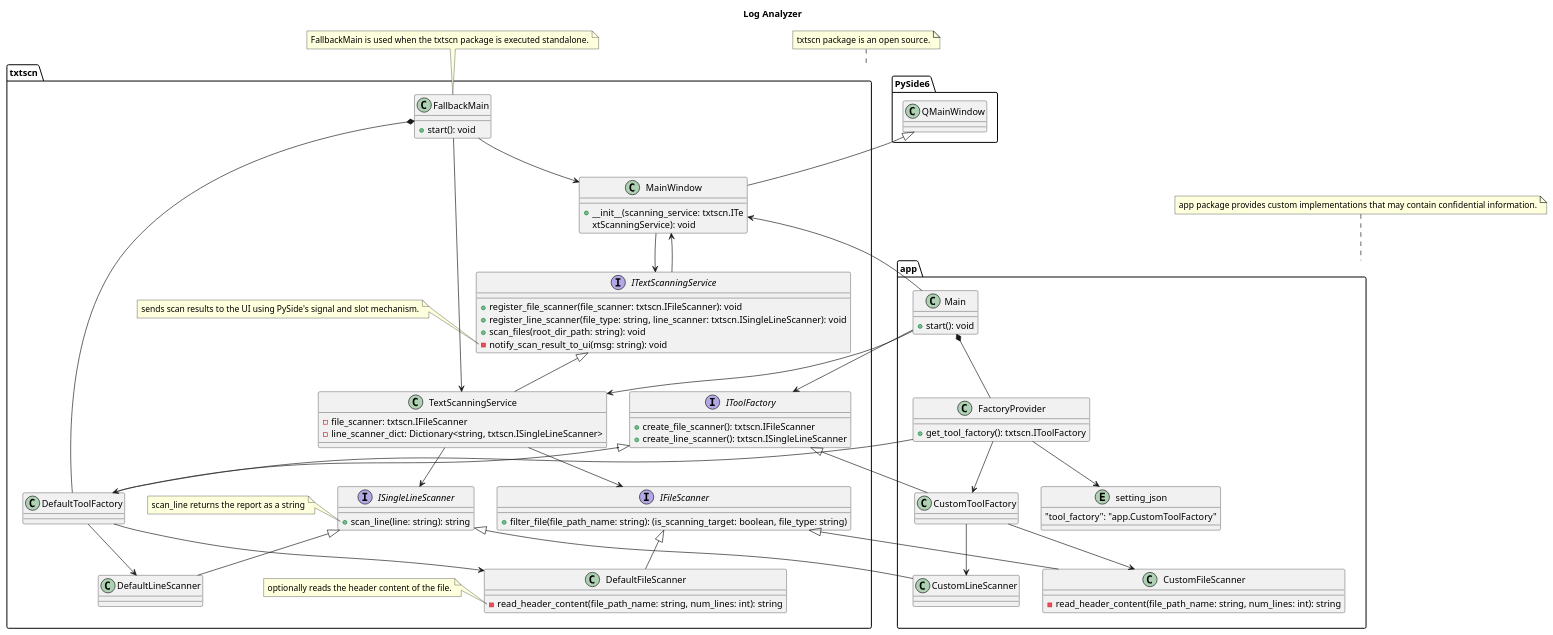
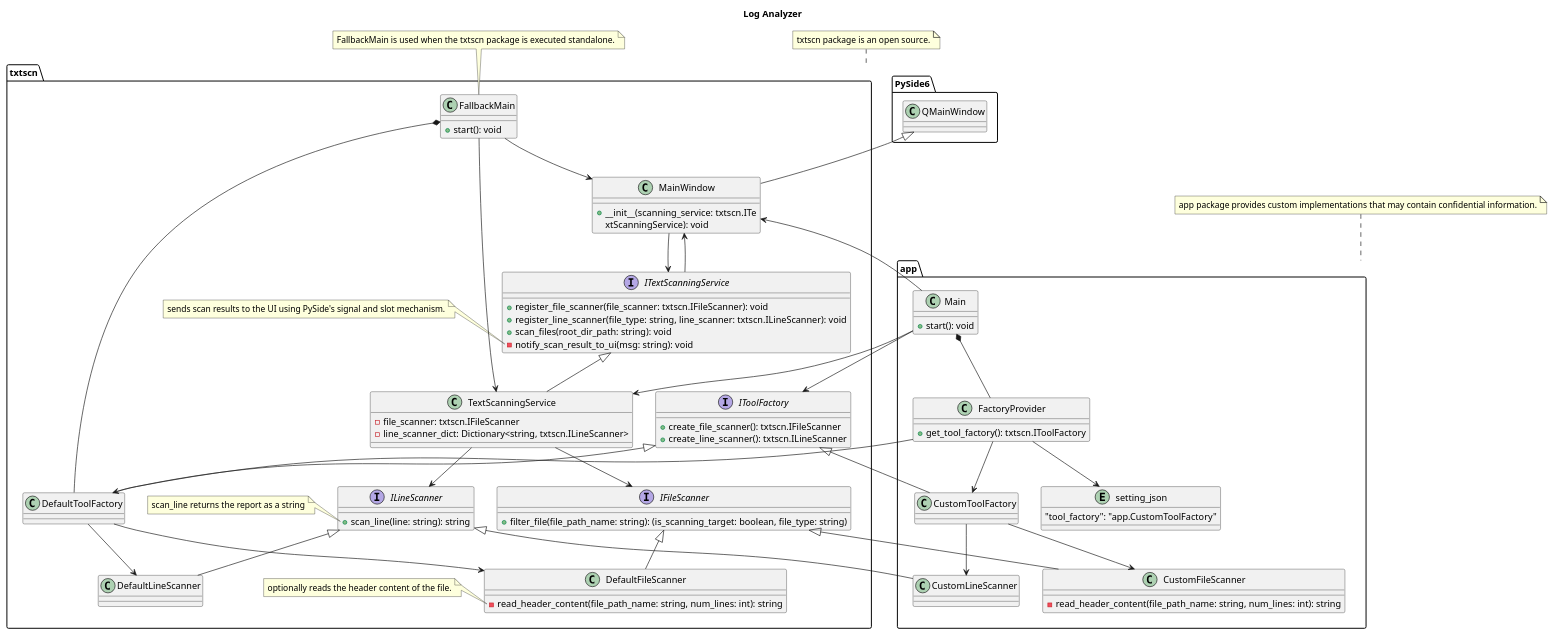
One commit to Takayoshi-Matsuyama/log_analyzer changed the diagram in doc/log_analyzer.puml. Above: the diagram before and after it, drawn with PlantUML.

Commit message:
Updated - class diagram

```diff
--- a/doc/log_analyzer.puml
+++ b/doc/log_analyzer.puml
@@ -1,149 +1,149 @@
 @startuml log_analyzer
 
 'Copyright 2026 Takayoshi Matsuyama
 '
 'Licensed under the Apache License, Version 2.0 (the "License");
 'you may not use this file except in compliance with the License.
 'You may obtain a copy of the License at
 '
 '    http://www.apache.org/licenses/LICENSE-2.0
 '
 'Unless required by applicable law or agreed to in writing, software
 'distributed under the License is distributed on an "AS IS" BASIS,
 'WITHOUT WARRANTIES OR CONDITIONS OF ANY KIND, either express or implied.
 'See the License for the specific language governing permissions and
 'limitations under the License.
 
 title Log Analyzer
 
 interface txtscn.IFileScanner
 {
     +filter_file(file_path_name: string): (is_scanning_target: boolean, file_type: string)
 }
 
 class txtscn.DefaultFileScanner
 {
     -read_header_content(file_path_name: string, num_lines: int): string
 }
 class app.CustomFileScanner
 {
     -read_header_content(file_path_name: string, num_lines: int): string
 }
 
 txtscn.IFileScanner <|-- txtscn.DefaultFileScanner
 txtscn.IFileScanner <|-- app.CustomFileScanner
 
 note left of txtscn.DefaultFileScanner::read_header_content
     optionally reads the header content of the file.
 end note
 
-interface txtscn.ISingleLineScanner
+interface txtscn.ILineScanner
 {
     +scan_line(line: string): string
 }
 
-note left of txtscn.ISingleLineScanner::scan_line
+note left of txtscn.ILineScanner::scan_line
     scan_line returns the report as a string
 end note
 
 class txtscn.DefaultLineScanner {}
 class app.CustomLineScanner {}
 
-txtscn.ISingleLineScanner <|-- txtscn.DefaultLineScanner
-txtscn.ISingleLineScanner <|-- app.CustomLineScanner
+txtscn.ILineScanner <|-- txtscn.DefaultLineScanner
+txtscn.ILineScanner <|-- app.CustomLineScanner
 
 interface txtscn.IToolFactory
 {
     +create_file_scanner(): txtscn.IFileScanner
-    +create_line_scanner(): txtscn.ISingleLineScanner
+    +create_line_scanner(): txtscn.ILineScanner
 }
 
 class txtscn.DefaultToolFactory {}
 class app.CustomToolFactory {}
 
 txtscn.IToolFactory <|-- txtscn.DefaultToolFactory
 txtscn.IToolFactory <|-- app.CustomToolFactory
 
 txtscn.DefaultToolFactory --> txtscn.DefaultFileScanner
 txtscn.DefaultToolFactory --> txtscn.DefaultLineScanner
 
 app.CustomToolFactory --> app.CustomFileScanner
 app.CustomToolFactory --> app.CustomLineScanner
 
 interface txtscn.ITextScanningService
 {
     +register_file_scanner(file_scanner: txtscn.IFileScanner): void
-    +register_line_scanner(file_type: string, line_scanner: txtscn.ISingleLineScanner): void
+    +register_line_scanner(file_type: string, line_scanner: txtscn.ILineScanner): void
     +scan_files(root_dir_path: string): void
     -notify_scan_result_to_ui(msg: string): void
 }
 
 note left of txtscn.ITextScanningService::notify_scan_result_to_ui
     sends scan results to the UI using PySide's signal and slot mechanism.
 end note
 
 
 class txtscn.TextScanningService
 {
     -file_scanner: txtscn.IFileScanner
-    -line_scanner_dict: Dictionary<string, txtscn.ISingleLineScanner>
+    -line_scanner_dict: Dictionary<string, txtscn.ILineScanner>
 }
 
 txtscn.ITextScanningService <|-- txtscn.TextScanningService
 txtscn.TextScanningService --> txtscn.IFileScanner
-txtscn.TextScanningService --> txtscn.ISingleLineScanner
+txtscn.TextScanningService --> txtscn.ILineScanner
 
 class PySide6.QMainWindow {}
 
 class txtscn.MainWindow
 {
     + __init__(scanning_service: txtscn.ITe
 xtScanningService): void
 }
 
 PySide6.QMainWindow <|-- txtscn.MainWindow
 txtscn.ITextScanningService --> txtscn.MainWindow
 
 entity app.setting_json
 {
     "tool_factory": "app.CustomToolFactory"
 }
 
 class app.FactoryProvider
  {
     +get_tool_factory(): txtscn.IToolFactory
 }
 
 app.FactoryProvider --> app.setting_json
 app.FactoryProvider --> txtscn.DefaultToolFactory
 app.FactoryProvider --> app.CustomToolFactory
 
 class txtscn.FallbackMain
 {
     + start(): void
 }
 
 txtscn.FallbackMain *-- txtscn.DefaultToolFactory
 txtscn.FallbackMain --> txtscn.TextScanningService
 txtscn.FallbackMain --> txtscn.MainWindow
 
 note "FallbackMain is used when the txtscn package is executed standalone." as N1
 N1 .. txtscn.FallbackMain
 
 class app.Main
 {
     + start(): void
 }
 
 app.Main *-- app.FactoryProvider
 app.Main --> txtscn.IToolFactory
 app.Main --> txtscn.TextScanningService
 app.Main --> txtscn.MainWindow
 txtscn.MainWindow --> txtscn.ITextScanningService
 
 note "txtscn package is an open source." as N2
 N2 .. txtscn
 note "app package provides custom implementations that may contain confidential information." as N3
 N3 .. app
 
 @enduml
```
